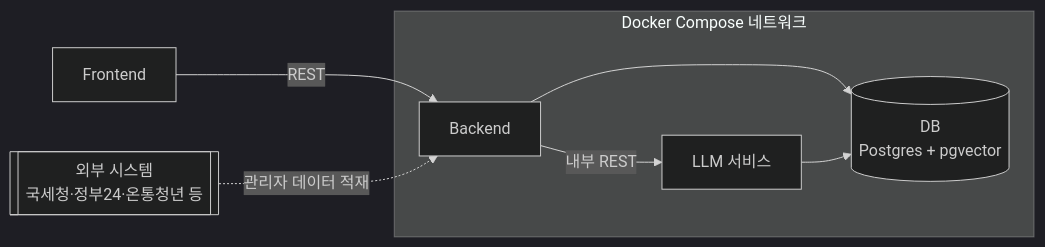
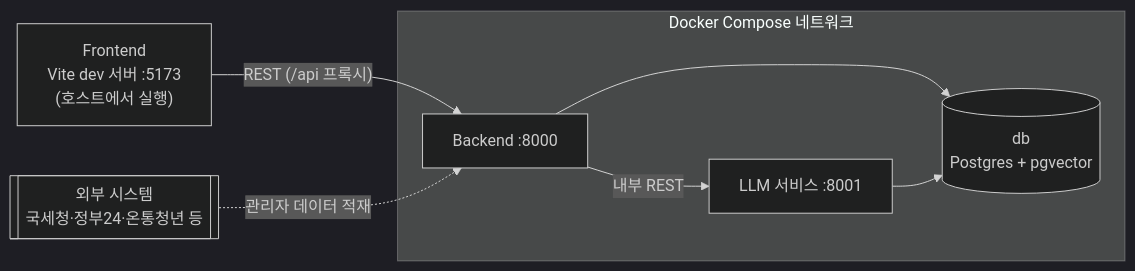
The first of 2 diagrams in Docs/Design/ARCHITECTURE.md (SKNETWORKS-FAMILY-AICAMP/SKN34-3rd-3Team), drawn with Mermaid (dark theme) before and after one commit. The commit also changed other lines of this file and 13 other files, not shown here.

````diff
--- a/Docs/Design/ARCHITECTURE.md
+++ b/Docs/Design/ARCHITECTURE.md
@@ -7,18 +7,18 @@
 ```mermaid
 flowchart LR
-    FE["Frontend"]
+    FE["Frontend<br/>Vite dev 서버 :5173<br/>(호스트에서 실행)"]
 
     subgraph Docker["Docker Compose 네트워크"]
-        BE["Backend"]
-        LLM["LLM 서비스"]
-        DB[("DB<br/>Postgres + pgvector")]
+        BE["Backend :8000"]
+        LLM["LLM 서비스 :8001"]
+        DB[("db<br/>Postgres + pgvector")]
     end
 
     Ext[["외부 시스템<br/>국세청·정부24·온통청년 등"]]
 
-    FE -->|REST| BE
+    FE -->|"REST (/api 프록시)"| BE
     BE -->|내부 REST| LLM
     BE --> DB
     LLM --> DB
     Ext -. 관리자 데이터 적재 .-> BE
 ```
````
